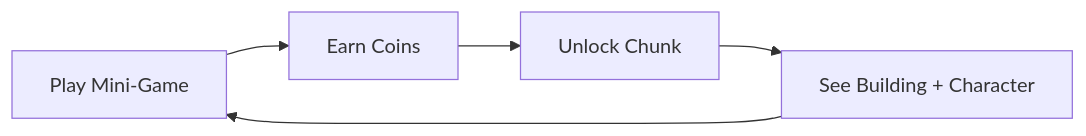
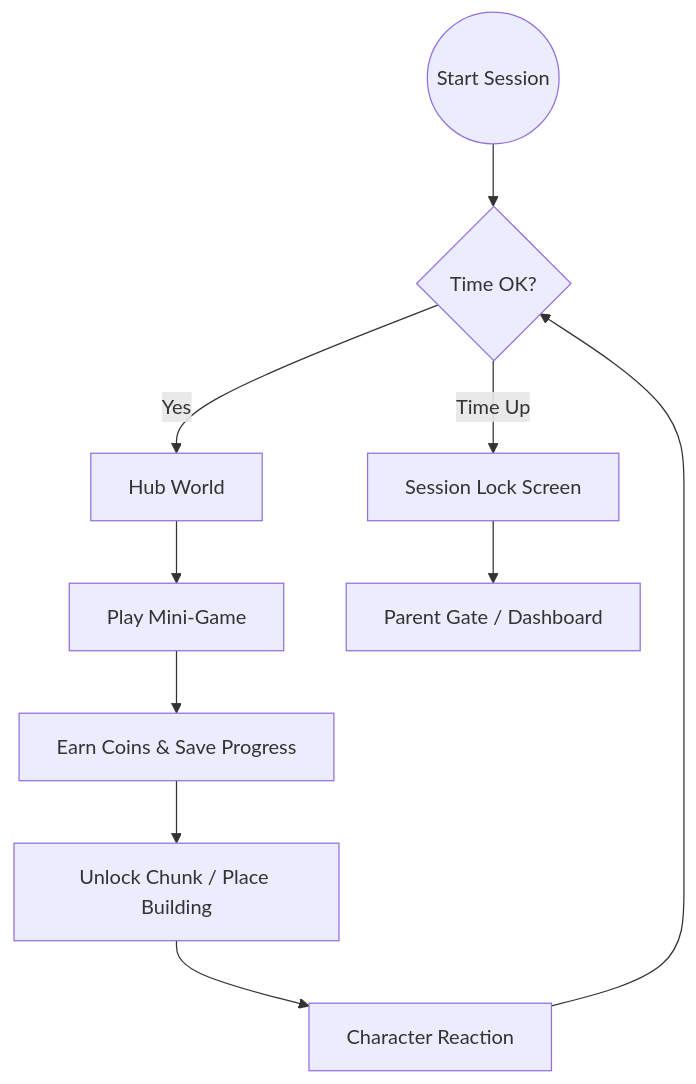
One commit to ObadaAbdullah04/Project_FF_MVP changed the first of 2 diagrams in PLAN.md. Above: the diagram before and after it, drawn with Mermaid. The commit also changed other lines of this file and 260 other files, not shown here.

````diff
--- a/PLAN.md
+++ b/PLAN.md
@@ -19,7 +19,12 @@
 ```mermaid
-flowchart LR
-    Play[Play Mini-Game] --> Earn[Earn Coins]
-    Earn --> Build[Unlock Chunk]
-    Build --> Expand[See Building + Character]
-    Expand --> Play
+flowchart TD
+    Start((Start Session)) --> CheckTime{Time OK?}
+    CheckTime -- Yes --> Hub[Hub World]
+    Hub --> Play[Play Mini-Game]
+    Play --> Earn[Earn Coins & Save Progress]
+    Earn --> Build[Unlock Chunk / Place Building]
+    Build --> Expand[Character Reaction]
+    Expand --> CheckTime
+    CheckTime -- Time Up --> Lock[Session Lock Screen]
+    Lock --> Parent[Parent Gate / Dashboard]
 ```
````
